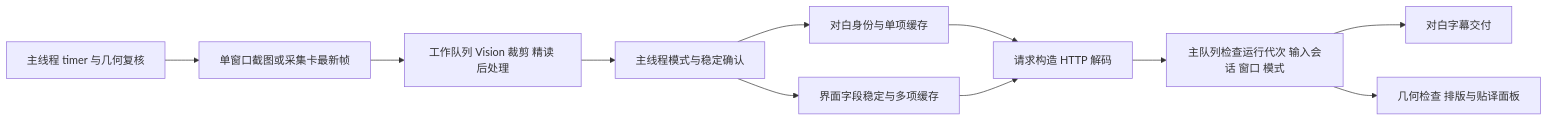
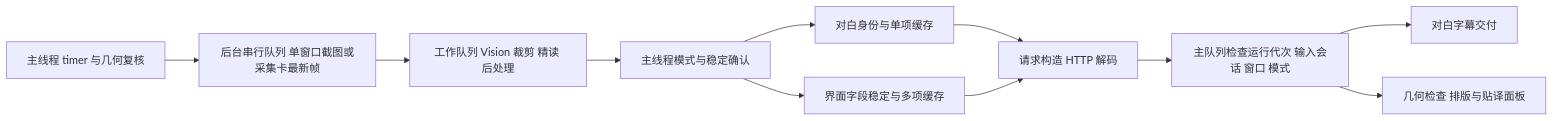
The diagram in DEBUG_WORKFLOW.md (onecoffeecup/yiya-translator), drawn with Mermaid before and after one commit. The commit also changed other lines of this file and 48 other files, not shown here.

````diff
--- a/DEBUG_WORKFLOW.md
+++ b/DEBUG_WORKFLOW.md
@@ -11,13 +11,13 @@
 ```mermaid
 flowchart LR
-  T[主线程 timer 与几何复核] --> I[单窗口截图或采集卡最新帧]
+  T[主线程 timer 与几何复核] --> I[后台串行队列 单窗口截图或采集卡最新帧]
   I --> O[工作队列 Vision 裁剪 精读 后处理]
   O --> S[主线程模式与稳定确认]
   S --> D[对白身份与单项缓存]
   S --> U[界面字段稳定与多项缓存]
   D --> H[请求构造 HTTP 解码]
   U --> H
   H --> G[主队列检查运行代次 输入会话 窗口 模式]
   G --> C[对白字幕交付]
   G --> P[几何检查 排版与贴译面板]
 ```
````
